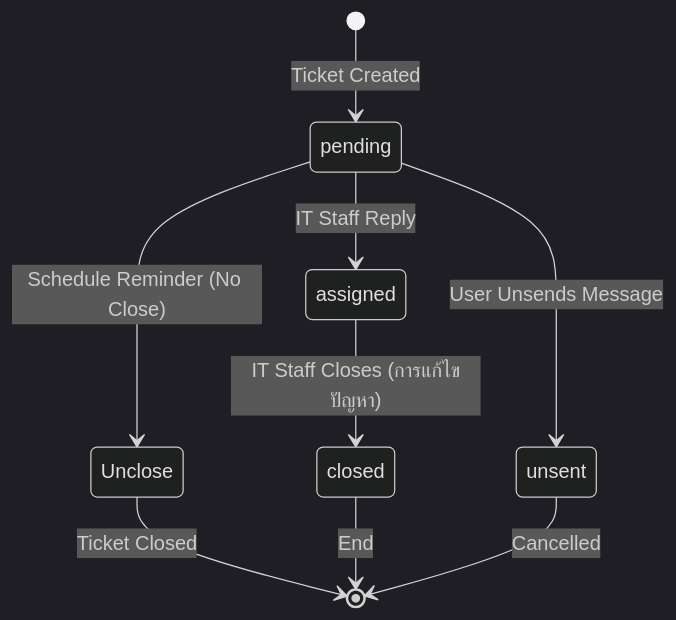
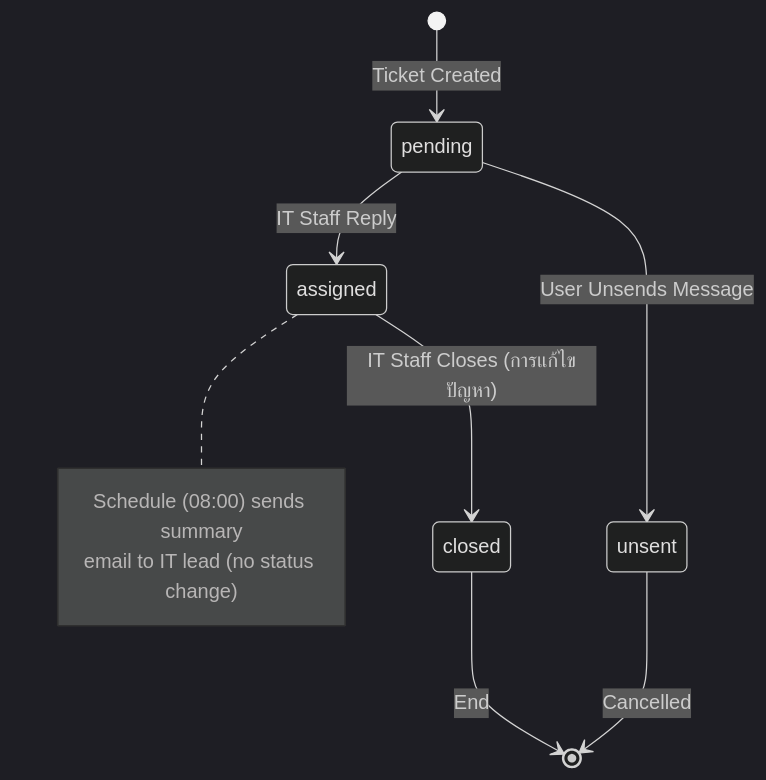
The second of 2 diagrams in README.md (Piyabordee/n8n-auto-ticket-system), drawn with Mermaid (dark theme) before and after one commit. The commit also changed other lines of this file and 5 other files, not shown here.

````diff
--- a/README.md
+++ b/README.md
@@ -259,11 +267,14 @@
 ```mermaid
 stateDiagram-v2
     [*] --> pending : Ticket Created
     pending --> assigned : IT Staff Reply
-    pending --> Unclose : Schedule Reminder (No Close)
     pending --> unsent : User Unsends Message
     assigned --> closed : IT Staff Closes (การแก้ไขปัญหา)
-    Unclose --> [*] : Ticket Closed
     closed --> [*] : End
     unsent --> [*] : Cancelled
+
+    note right of assigned
+        Schedule (08:00) sends summary
+        email to IT lead (no status change)
+    end note
 ```
````
